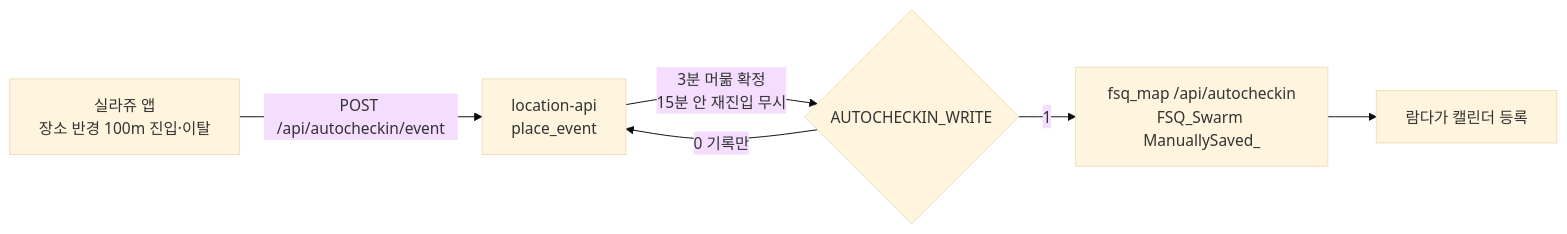
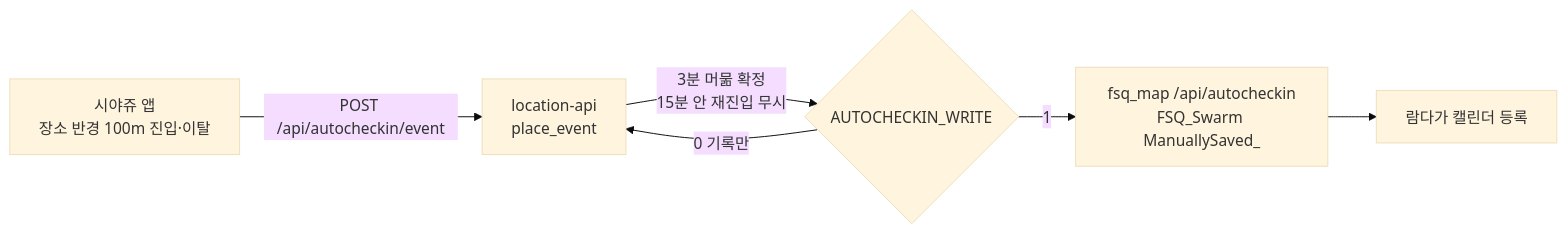
One commit to shin2012/location-log changed the diagram in README.md. Above: the diagram before and after it, drawn with Mermaid (base theme). The commit also changed other lines of this file and 9 other files, not shown here.

Commit message:
앱 한글 이름 표기 실라쥬 → 시야쥬

````diff
--- a/README.md
+++ b/README.md
@@ -72,8 +72,8 @@
 ```mermaid
 flowchart LR
-  A[실라쥬 앱<br>장소 반경 100m 진입·이탈] -->|POST /api/autocheckin/event| B[location-api<br>place_event]
+  A[시야쥬 앱<br>장소 반경 100m 진입·이탈] -->|POST /api/autocheckin/event| B[location-api<br>place_event]
   B -->|3분 머묾 확정<br>15분 안 재진입 무시| C{AUTOCHECKIN_WRITE}
   C -->|1| D[fsq_map /api/autocheckin<br>FSQ_Swarm ManuallySaved_]
   D --> E[람다가 캘린더 등록]
   C -->|0 기록만| B
 ```
````
